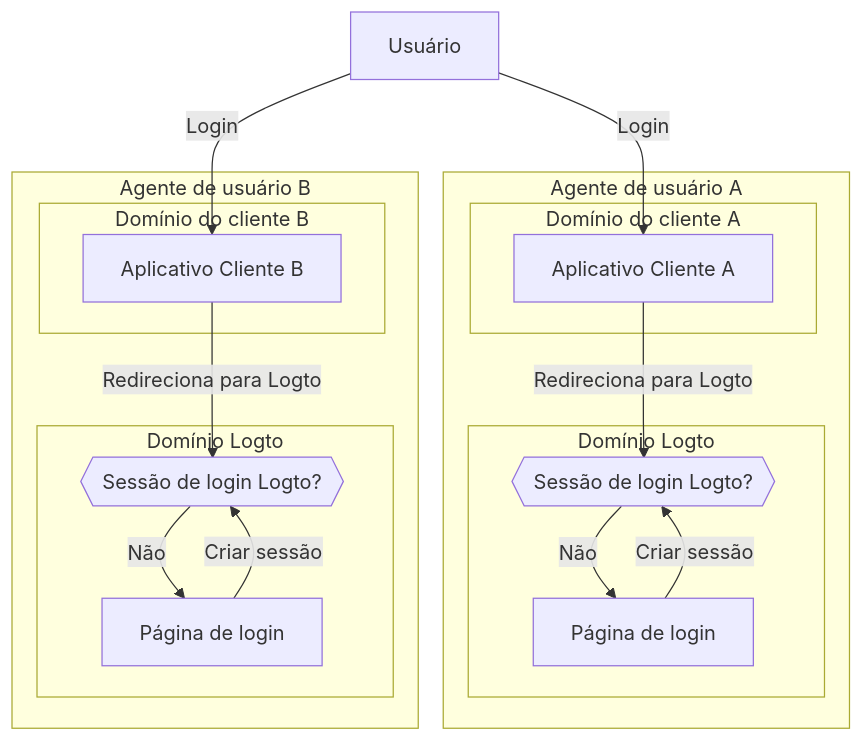
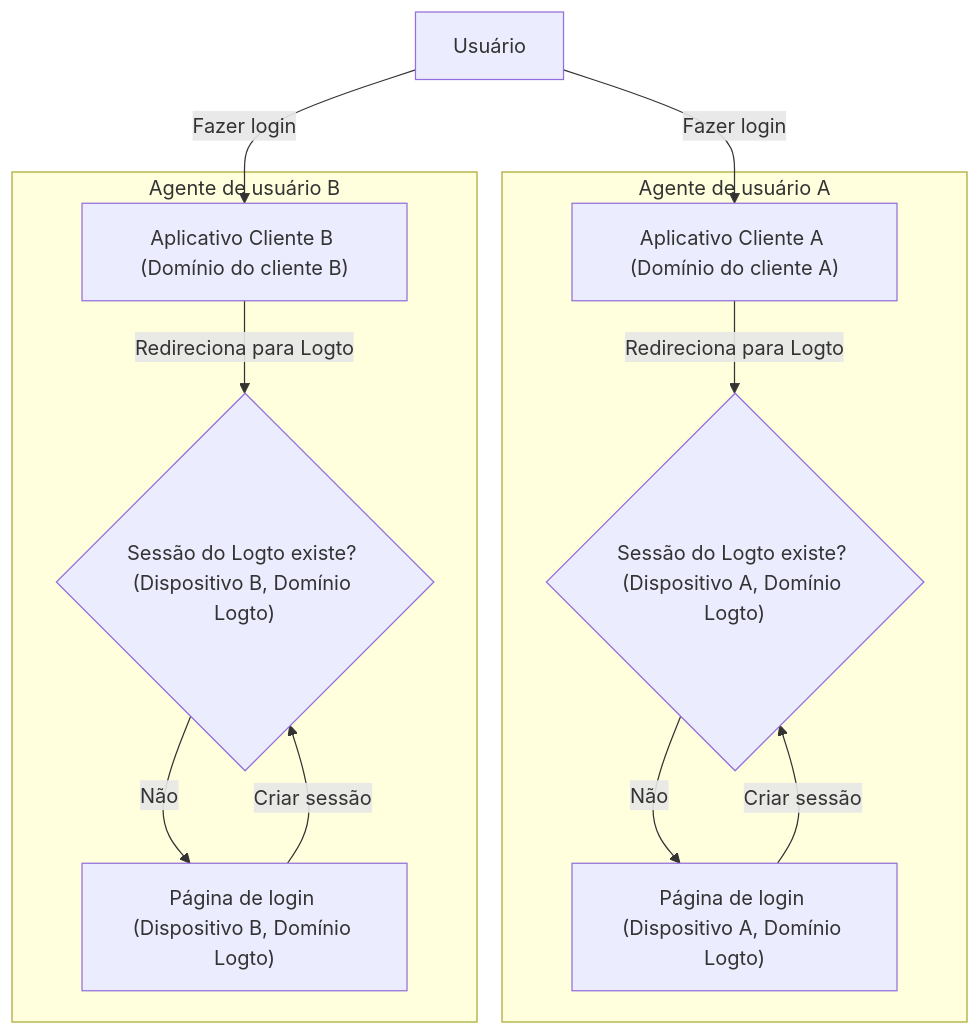
The fourth of 5 diagrams in i18n/pt-BR/docusaurus-plugin-content-docs/current/end-user-flows/sign-out.mdx (logto-io/docs), drawn with Mermaid before and after one commit. The commit also changed other lines of this file and 74 other files, not shown here.

````diff
--- a/i18n/pt-BR/docusaurus-plugin-content-docs/current/end-user-flows/sign-out.mdx
+++ b/i18n/pt-BR/docusaurus-plugin-content-docs/current/end-user-flows/sign-out.mdx
@@ -89,35 +121,32 @@
-   ```mermaid
-    flowchart TD
-    U[Usuário]
+```mermaid
+flowchart TD
+  U[Usuário]
+  A["Aplicativo Cliente A (Domínio do cliente A)"]
+  C{"Sessão do Logto existe? (Dispositivo A, Domínio Logto)"}
+  D["Página de login (Dispositivo A, Domínio Logto)"]
 
-    subgraph DeviceA [Agente de usuário A]
-      subgraph Layer1 [Domínio do cliente A]
-        A[Aplicativo Cliente A]
-      end
+  subgraph DeviceA["Agente de usuário A"]
+    A
+    C
+    D
+  end
 
-      subgraph Layer2 [Domínio Logto]
-          C{{Sessão de login Logto?}}
-          D[Página de login]
-      end
-    end
+  B["Aplicativo Cliente B (Domínio do cliente B)"]
+  E{"Sessão do Logto existe? (Dispositivo B, Domínio Logto)"}
+  F["Página de login (Dispositivo B, Domínio Logto)"]
 
-    subgraph DeviceB [Agente de usuário B]
-      subgraph Layer3 [Domínio do cliente B]
-        B[Aplicativo Cliente B]
-      end
+  subgraph DeviceB["Agente de usuário B"]
+    B
+    E
+    F
+  end
 
-      subgraph Layer4 [Domínio Logto]
-          E{{Sessão de login Logto?}}
-          F[Página de login]
-      end
-    end
-
-    U --> |Login| A
-    A --> |Redireciona para Logto| C
-    U --> |Login| B
-    B --> |Redireciona para Logto| E
-    C --> |Não| D
-    E --> |Não| F
-    D --> |Criar sessão| C
-    F --> |Criar sessão| E
-   ```
+  U -->|Fazer login| A
+  A -->|Redireciona para Logto| C
+  U -->|Fazer login| B
+  B -->|Redireciona para Logto| E
+  C -->|Não| D
+  E -->|Não| F
+  D -->|Criar sessão| C
+  F -->|Criar sessão| E
+```
````
